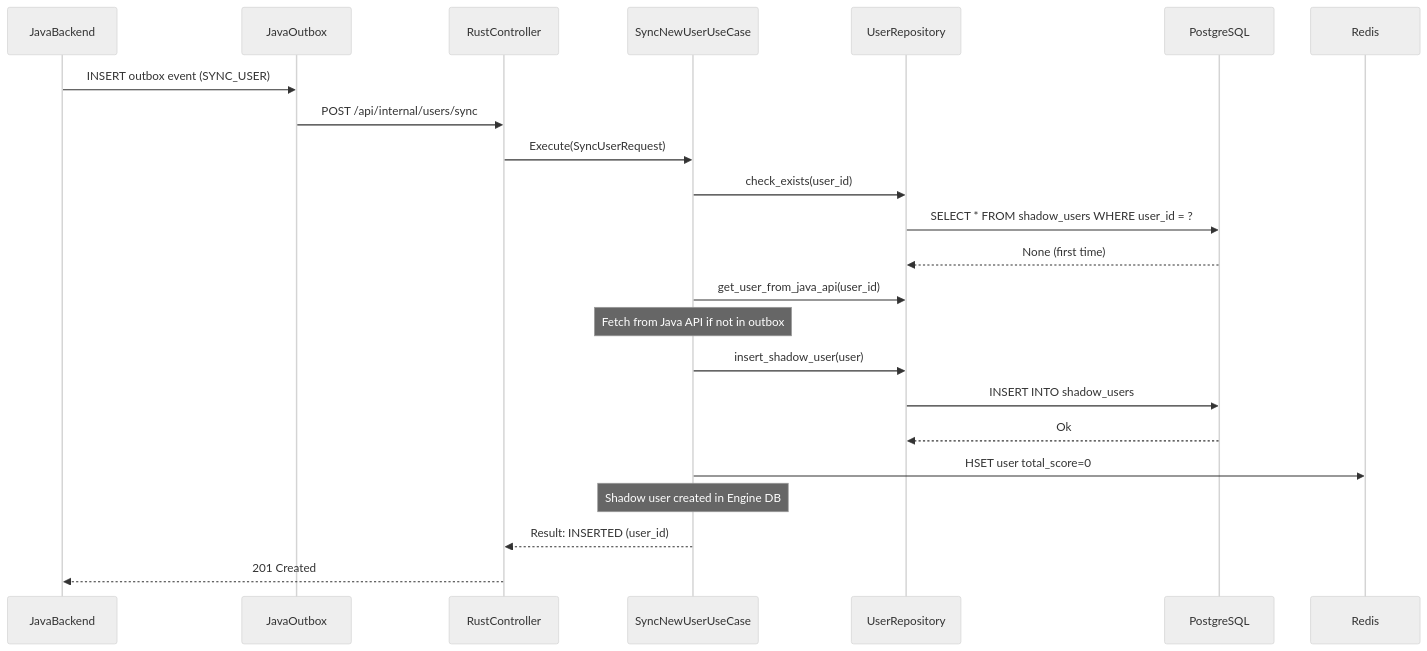
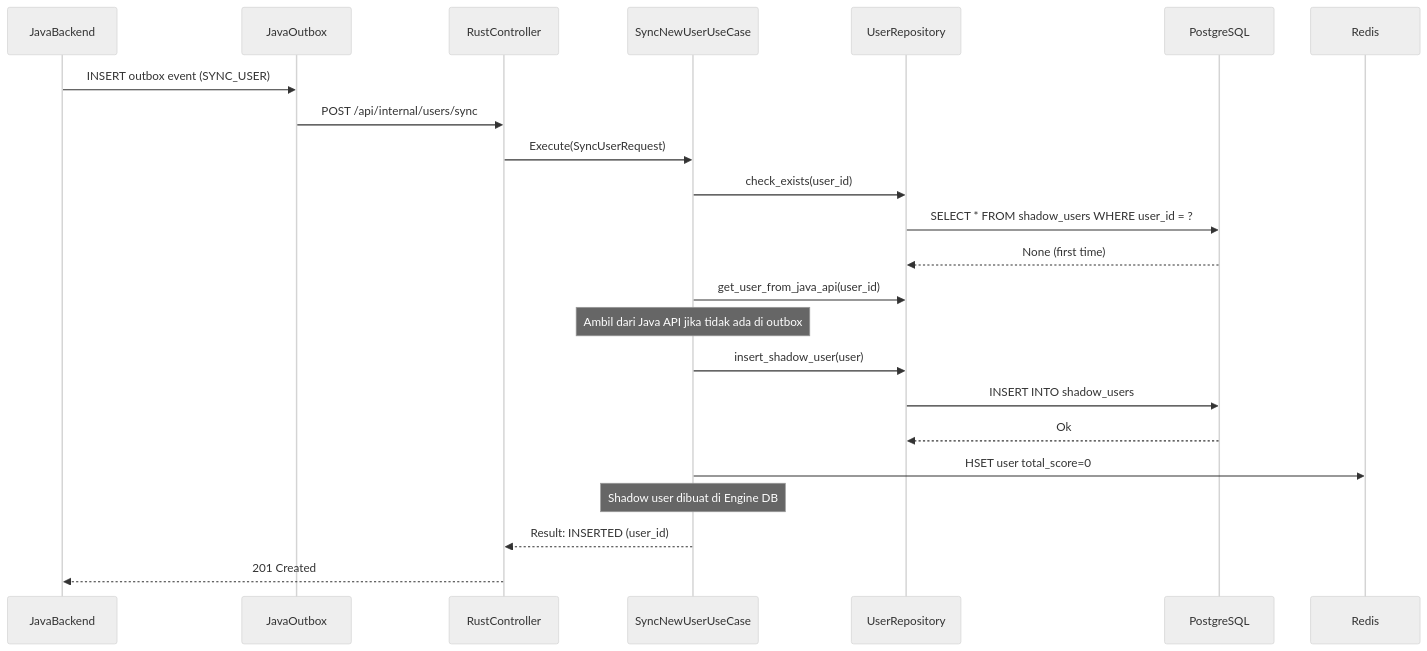
The first of 2 diagrams in content/docs/backend-rust/user-sync.mdx (advprog-2026-A14-project/yomu-docs), drawn with Mermaid (neutral theme) before and after one commit. The commit also changed other lines of this file and 30 other files, not shown here.

````diff
--- a/content/docs/backend-rust/user-sync.mdx
+++ b/content/docs/backend-rust/user-sync.mdx
@@ -81,31 +81,30 @@
 ```mermaid
 sequenceDiagram
     participant JavaBackend
     participant JavaOutbox
     participant RustController
     participant SyncNewUserUseCase
     participant UserRepository
     participant PostgreSQL
     participant Redis
 
     JavaBackend->>JavaOutbox: INSERT outbox event (SYNC_USER)
     JavaOutbox->>RustController: POST /api/internal/users/sync
     
     RustController->>SyncNewUserUseCase: Execute(SyncUserRequest)
     
     SyncNewUserUseCase->>UserRepository: check_exists(user_id)
     UserRepository->>PostgreSQL: SELECT * FROM shadow_users WHERE user_id = ?
     PostgreSQL-->>UserRepository: None (first time)
     
     SyncNewUserUseCase->>UserRepository: get_user_from_java_api(user_id)
-    Note over SyncNewUserUseCase: Fetch from Java API if not in outbox
-    
+    Note over SyncNewUserUseCase: Ambil dari Java API jika tidak ada di outbox
     SyncNewUserUseCase->>UserRepository: insert_shadow_user(user)
     UserRepository->>PostgreSQL: INSERT INTO shadow_users
     PostgreSQL-->>UserRepository: Ok
     
     SyncNewUserUseCase->>Redis: HSET user total_score=0
-    Note over SyncNewUserUseCase: Shadow user created in Engine DB
+    Note over SyncNewUserUseCase: Shadow user dibuat di Engine DB
     SyncNewUserUseCase-->>RustController: Result: INSERTED (user_id)
     RustController-->>JavaBackend: 201 Created
 ```
````
